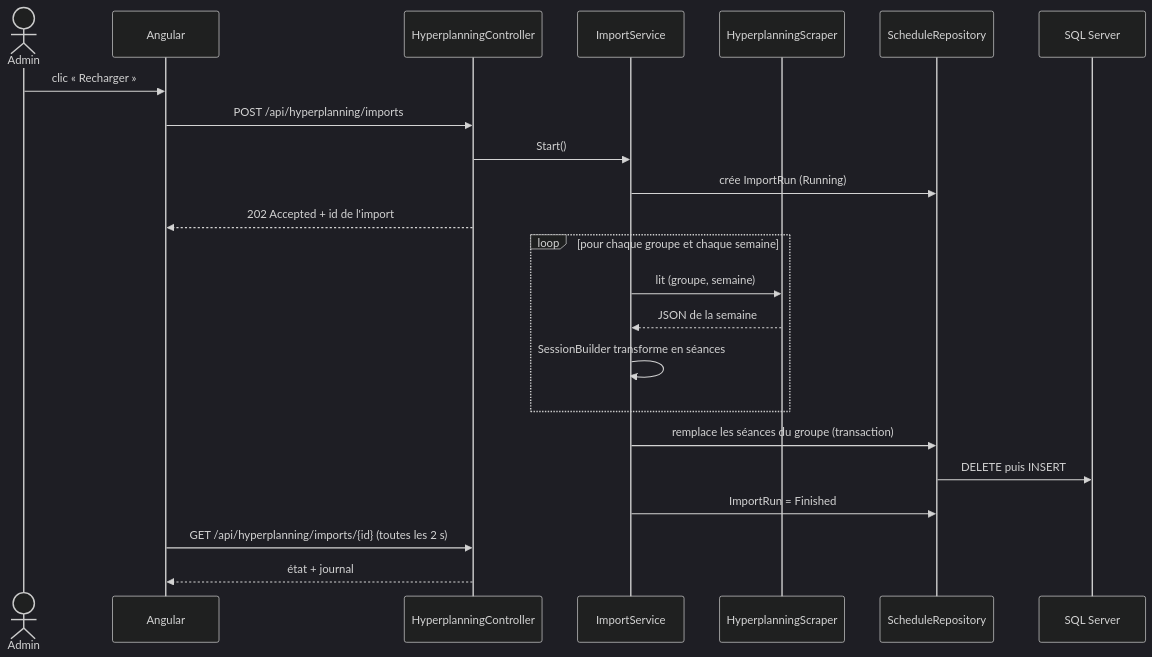
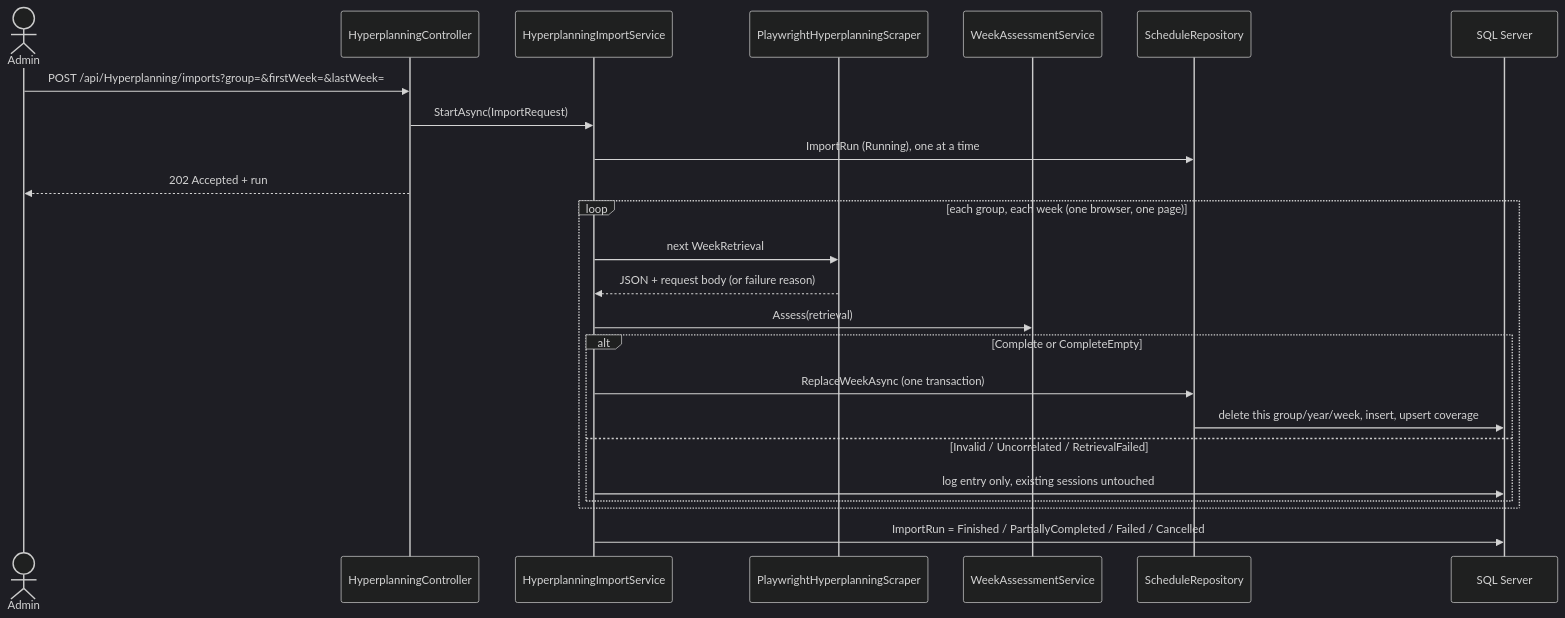
Before and after one commit to Costawaldyr/HELB-groupswitch-aspnetcore-angular: the first of 2 diagrams in GroupSwitch/0 docs/scraping.md, drawn with Mermaid (dark theme). The commit also changed other lines of this file and 1 other file, not shown here.

Commit message:
docs(scraping): record verified coverage

````diff
--- a/GroupSwitch/0 docs/scraping.md
+++ b/GroupSwitch/0 docs/scraping.md
@@ -89,26 +15,27 @@
 ```mermaid
 sequenceDiagram
     actor Admin
-    participant UI as Angular
     participant C as HyperplanningController
-    participant S as ImportService
-    participant H as HyperplanningScraper
+    participant S as HyperplanningImportService
+    participant H as PlaywrightHyperplanningScraper
+    participant A as WeekAssessmentService
     participant R as ScheduleRepository
     participant DB as SQL Server
 
-    Admin->>UI: clic « Recharger »
-    UI->>C: POST /api/hyperplanning/imports
-    C->>S: Start()
-    S->>R: crée ImportRun (Running)
-    C-->>UI: 202 Accepted + id de l'import
-    loop pour chaque groupe et chaque semaine
-        S->>H: lit (groupe, semaine)
-        H-->>S: JSON de la semaine
-        S->>S: SessionBuilder transforme en séances
+    Admin->>C: POST /api/Hyperplanning/imports?group=&firstWeek=&lastWeek=
+    C->>S: StartAsync(ImportRequest)
+    S->>R: ImportRun (Running), one at a time
+    C-->>Admin: 202 Accepted + run
+    loop each group, each week (one browser, one page)
+        S->>H: next WeekRetrieval
+        H-->>S: JSON + request body (or failure reason)
+        S->>A: Assess(retrieval)
+        alt Complete or CompleteEmpty
+            S->>R: ReplaceWeekAsync (one transaction)
+            R->>DB: delete this group/year/week, insert, upsert coverage
+        else Invalid / Uncorrelated / RetrievalFailed
+            S->>DB: log entry only, existing sessions untouched
+        end
     end
-    S->>R: remplace les séances du groupe (transaction)
-    R->>DB: DELETE puis INSERT
-    S->>R: ImportRun = Finished
-    UI->>C: GET /api/hyperplanning/imports/{id} (toutes les 2 s)
-    C-->>UI: état + journal
+    S->>DB: ImportRun = Finished / PartiallyCompleted / Failed / Cancelled
 ```
````
